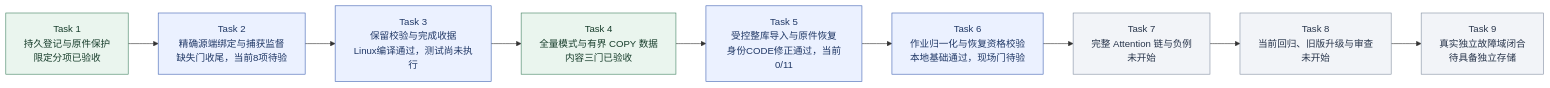
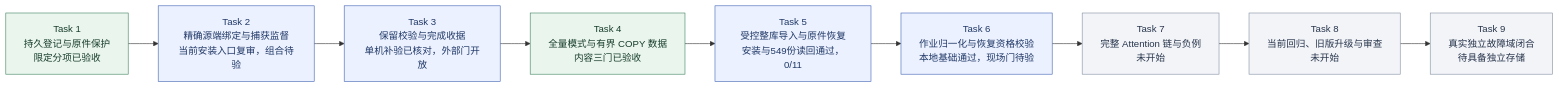
Before and after one commit to MansurnamedZhang/learning-system-p0c4: the second of 9 diagrams in docs/KnowWeave实施路线与系统架构.md, drawn with Mermaid. The commit also changed other lines of this file and 4 other files, not shown here.

````diff
--- a/docs/KnowWeave实施路线与系统架构.md
+++ b/docs/KnowWeave实施路线与系统架构.md
@@ -72,26 +72,26 @@
 ```mermaid
 flowchart LR
     C4T1["Task 1<br/>持久登记与原件保护<br/>限定分项已验收"]
-    C4T2["Task 2<br/>精确源端绑定与捕获监督<br/>缺失门收尾，当前8项待验"]
-    C4T3["Task 3<br/>保留校验与完成收据<br/>Linux编译通过，测试尚未执行"]
+    C4T2["Task 2<br/>精确源端绑定与捕获监督<br/>当前安装入口复审，组合待验"]
+    C4T3["Task 3<br/>保留校验与完成收据<br/>单机补验已核对，外部门开放"]
     C4T4["Task 4<br/>全量模式与有界 COPY 数据<br/>内容三门已验收"]
-    C4T5["Task 5<br/>受控整库导入与原件恢复<br/>身份CODE修正通过，当前0/11"]
+    C4T5["Task 5<br/>受控整库导入与原件恢复<br/>安装与549份读回通过，0/11"]
     C4T6["Task 6<br/>作业归一化与恢复资格校验<br/>本地基础通过，现场门待验"]
     C4T7["Task 7<br/>完整 Attention 链与负例<br/>未开始"]
     C4T8["Task 8<br/>当前回归、旧版升级与审查<br/>未开始"]
     C4T9["Task 9<br/>真实独立故障域闭合<br/>待具备独立存储"]
     C4T1 --> C4T2
     C4T2 --> C4T3
     C4T3 --> C4T4
     C4T4 --> C4T5
     C4T5 --> C4T6
     C4T6 --> C4T7
     C4T7 --> C4T8
     C4T8 --> C4T9
     class C4T1,C4T4 done
     class C4T2,C4T3,C4T5,C4T6 next
     class C4T7,C4T8,C4T9 planned
     classDef done fill:#eaf5ee,stroke:#438363,color:#173d2b
     classDef next fill:#ebf1ff,stroke:#4365b4,color:#203866
     classDef planned fill:#f2f4f8,stroke:#8591a3,color:#28354b
 ```
````
